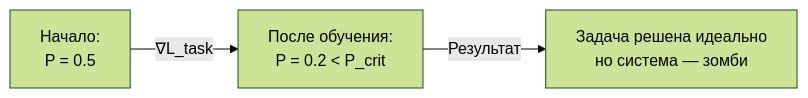
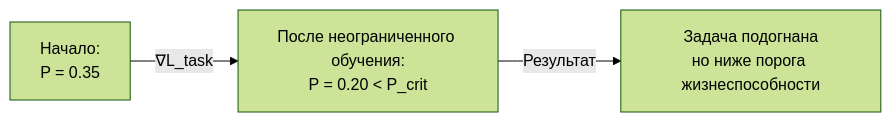
Before and after one commit to gst-st/uhm: the third of 3 diagrams in website/i18n/ru/docusaurus-plugin-content-docs/current/applied/research/engineering-insights.md, drawn with Mermaid (forest theme). The commit also changed other lines of this file and 376 other files, not shown here.

First line of the commit message:
Refactor UHM canon, decontaminate architecture, and verify EN/RU parity

````diff
--- a/website/i18n/ru/docusaurus-plugin-content-docs/current/applied/research/engineering-insights.md
+++ b/website/i18n/ru/docusaurus-plugin-content-docs/current/applied/research/engineering-insights.md
@@ -260,5 +263,5 @@
 ```mermaid
 graph LR
-    A["Начало:<br/>P = 0.5"] -->|"∇L_task"| B["После обучения:<br/>P = 0.2 < P_crit"]
-    B -->|"Результат"| C["Задача решена идеально<br/>но система — зомби"]
+    A["Начало:<br/>P = 0.35"] -->|"∇L_task"| B["После неограниченного обучения:<br/>P = 0.20 < P_crit"]
+    B -->|"Результат"| C["Задача подогнана<br/>но ниже порога жизнеспособности"]
 ```
````
